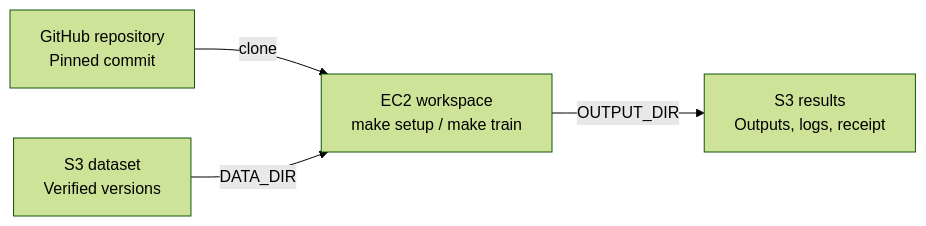
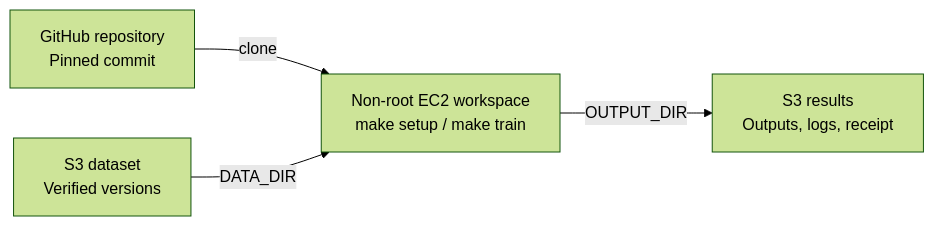
The second of 2 diagrams in README.md (Bboissen/ml-deployer), drawn with Mermaid (forest theme) before and after one commit. The commit also changed other lines of this file, not shown here.

Commit message:
docs: make README concise and lead with host-to-AWS diagrams

````diff
--- a/README.md
+++ b/README.md
@@ -72,6 +55,6 @@
 ```mermaid
 flowchart LR
-    repo["GitHub repository<br/>Pinned commit"] -->|clone| compute["EC2 workspace<br/>make setup / make train"]
+    repo["GitHub repository<br/>Pinned commit"] -->|clone| compute["Non-root EC2 workspace<br/>make setup / make train"]
     data["S3 dataset<br/>Verified versions"] -->|DATA_DIR| compute
     compute -->|OUTPUT_DIR| results["S3 results<br/>Outputs, logs, receipt"]
 ```
````
